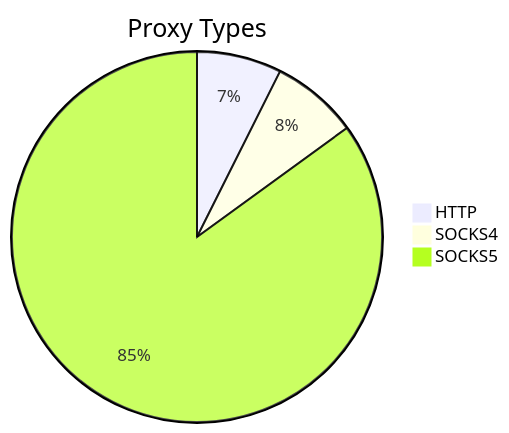
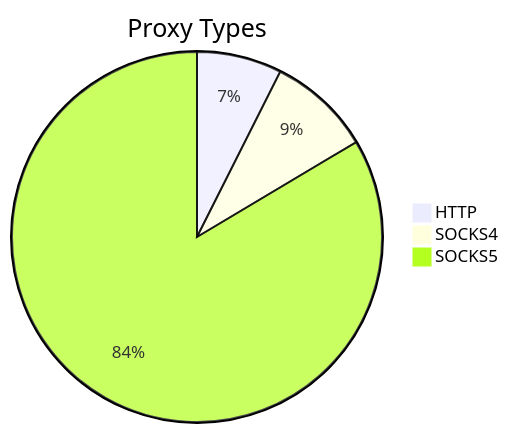
The first of 2 diagrams in README.md (stormsia/proxy-list), drawn with Mermaid before and after one commit. The commit also changed other lines of this file, not shown here.

````diff
--- a/README.md
+++ b/README.md
@@ -21,6 +21,6 @@
 ```mermaid
 pie title Proxy Types
-    "HTTP" : 226
-    "SOCKS4" : 232
-    "SOCKS5" : 2597
+    "HTTP" : 153
+    "SOCKS4" : 186
+    "SOCKS5" : 1722
 ```
````
